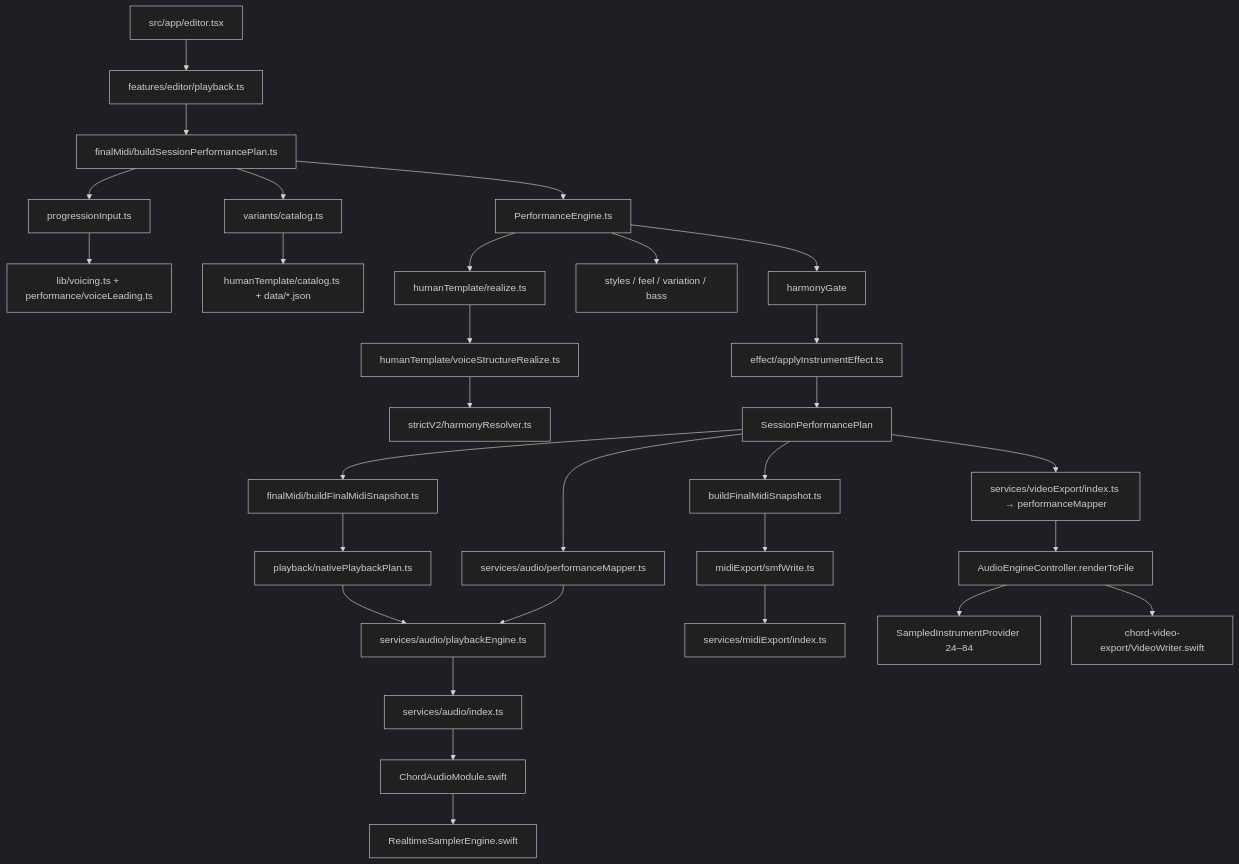
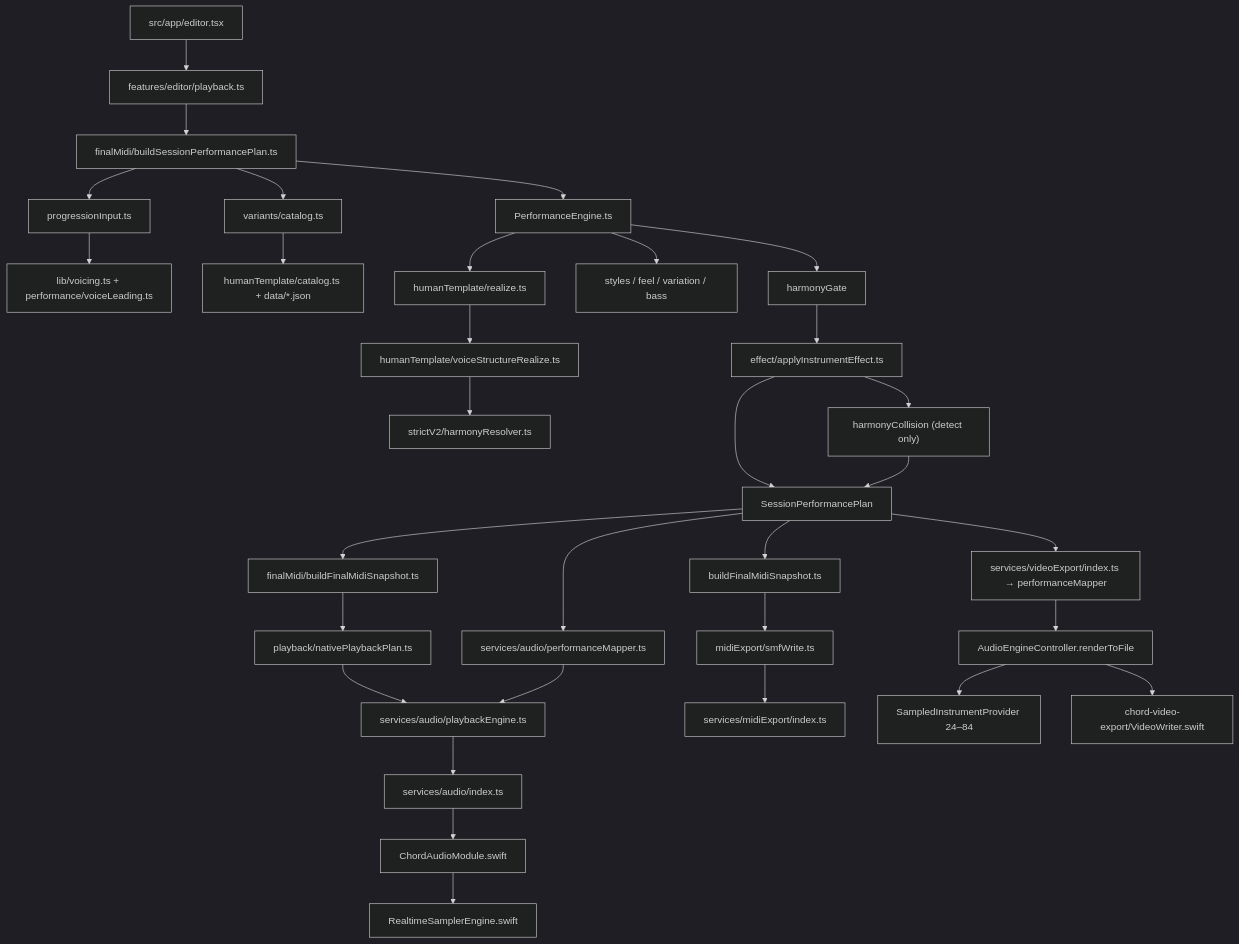
Before and after one commit to Shogo-Ota/chord-palette-iOS: the diagram in docs/architecture_quality_map.md, drawn with Mermaid (dark theme). The commit also changed other lines of this file and 20 other files, not shown here.

````diff
--- a/docs/architecture_quality_map.md
+++ b/docs/architecture_quality_map.md
@@ -28,38 +28,40 @@
 ```mermaid
 flowchart TD
   Editor["src/app/editor.tsx"] --> EditorBridge["features/editor/playback.ts"]
   EditorBridge --> SessionPlan["finalMidi/buildSessionPerformancePlan.ts"]
 
   SessionPlan --> Progression["progressionInput.ts"]
   Progression --> Voicing["lib/voicing.ts + performance/voiceLeading.ts"]
   SessionPlan --> Variant["variants/catalog.ts"]
   SessionPlan --> Engine["PerformanceEngine.ts"]
 
   Variant --> TeacherCatalog["humanTemplate/catalog.ts + data/*.json"]
   Engine --> TeacherRealizer["humanTemplate/realize.ts"]
   TeacherRealizer --> VoiceStructure["humanTemplate/voiceStructureRealize.ts"]
   VoiceStructure --> Allowed["strictV2/harmonyResolver.ts"]
   Engine --> ClassicStyle["styles / feel / variation / bass"]
 
   Engine --> HarmonyGate["harmonyGate"]
   HarmonyGate --> Effect["effect/applyInstrumentEffect.ts"]
+  Effect --> Collision["harmonyCollision (detect only)"]
   Effect --> Plan["SessionPerformancePlan"]
+  Collision --> Plan
 
   Plan --> RequestMap["services/audio/performanceMapper.ts"]
   Plan --> FinalMidi["finalMidi/buildFinalMidiSnapshot.ts"]
   FinalMidi --> NativePlan["playback/nativePlaybackPlan.ts"]
   NativePlan --> EnginePolicy["services/audio/playbackEngine.ts"]
   RequestMap --> EnginePolicy
   EnginePolicy --> AudioService["services/audio/index.ts"]
   AudioService --> NativeBridge["ChordAudioModule.swift"]
   NativeBridge --> Realtime["RealtimeSamplerEngine.swift"]
 
   Plan --> MidiSnapshot["buildFinalMidiSnapshot.ts"]
   MidiSnapshot --> Smf["midiExport/smfWrite.ts"]
   Smf --> MidiService["services/midiExport/index.ts"]
 
   Plan --> VideoMap["services/videoExport/index.ts → performanceMapper"]
   VideoMap --> Offline["AudioEngineController.renderToFile"]
   Offline --> Sampled["SampledInstrumentProvider 24–84"]
   Offline --> VideoWriter["chord-video-export/VideoWriter.swift"]
 ```
````
